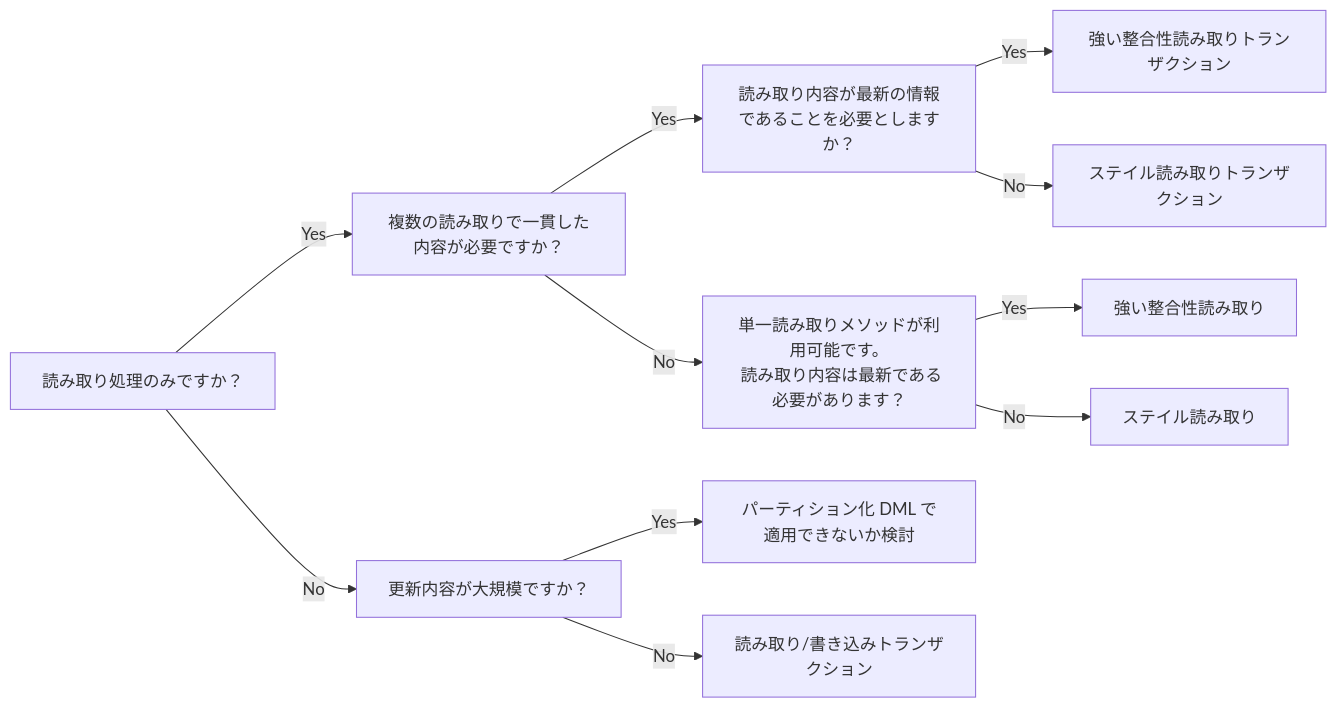
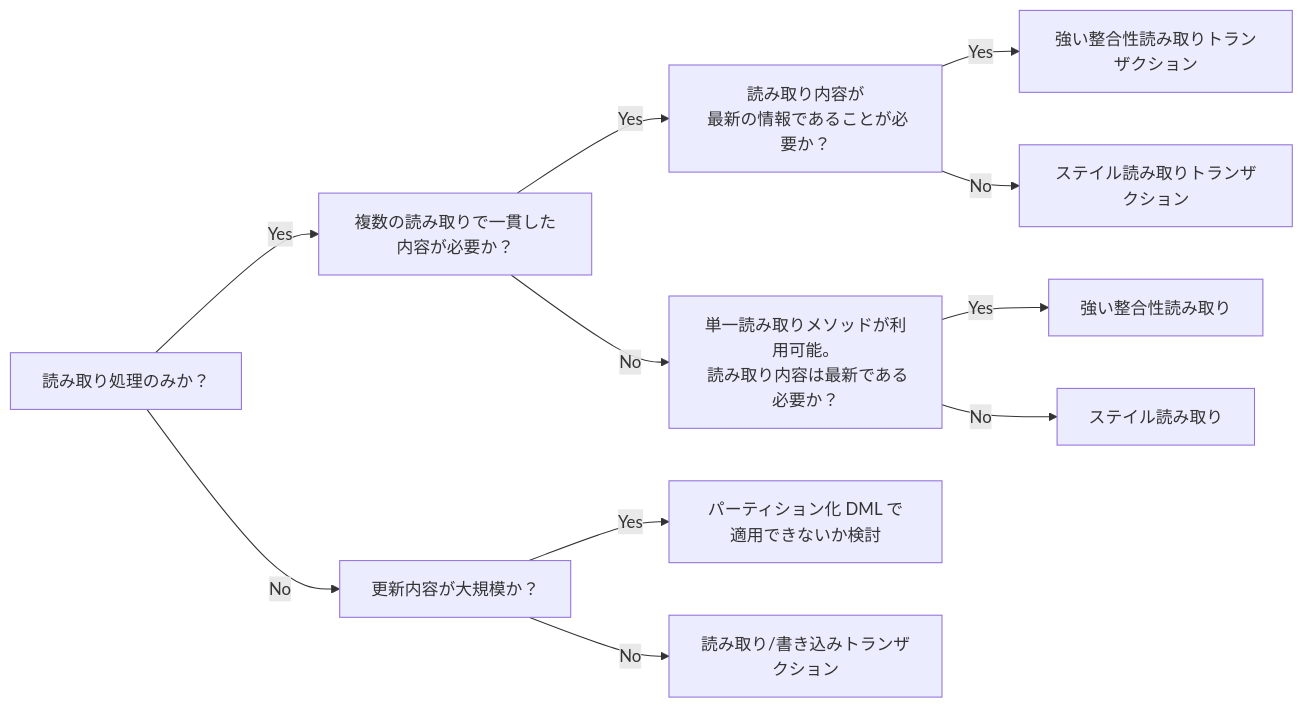
Before and after one commit to michity15169/zenn-content: the diagram in articles/15d34df66becfe.md, drawn with Mermaid. The commit also changed other lines of this file, not shown here.

Commit message:
cosmetic fix

````diff
--- a/articles/15d34df66becfe.md
+++ b/articles/15d34df66becfe.md
@@ -105,17 +105,18 @@
 ```mermaid
 graph LR
-	A["読み取り処理のみですか？"] -->|Yes| B["複数の読み取りで一貫した内容が必要ですか？"]
-	A -->|No|RW["更新内容が大規模ですか？"]
+	A["読み取り処理のみか？"] -->|Yes| B["複数の読み取りで一貫した内容が必要か？"]
+	A -->|No|RW["更新内容が大規模か？"]
 	
- B -->|Yes|J["読み取り内容が最新の情報であることを必要としますか？"]
+ B -->|Yes|J["読み取り内容が
+ 最新の情報であることが必要か？"]
  J -->|Yes|D["強い整合性読み取りトランザクション"]
  J -->|No|E["ステイル読み取りトランザクション"]
  
- B --> |No|I["単一読み取りメソッドが利用可能です。
- 読み取り内容は最新である必要があります？"]
+ B --> |No|I["単一読み取りメソッドが利用可能。
+ 読み取り内容は最新である必要か？"]
  I --> |Yes|SingleStrong["強い整合性読み取り"]
  I --> |No|SingleStale["ステイル読み取り"]
  
  RW -->|Yes|PDML["パーティション化 DML で適用できないか検討"]
  RW -->|No|RWTX["読み取り/書き込みトランザクション"]
 ```
````
